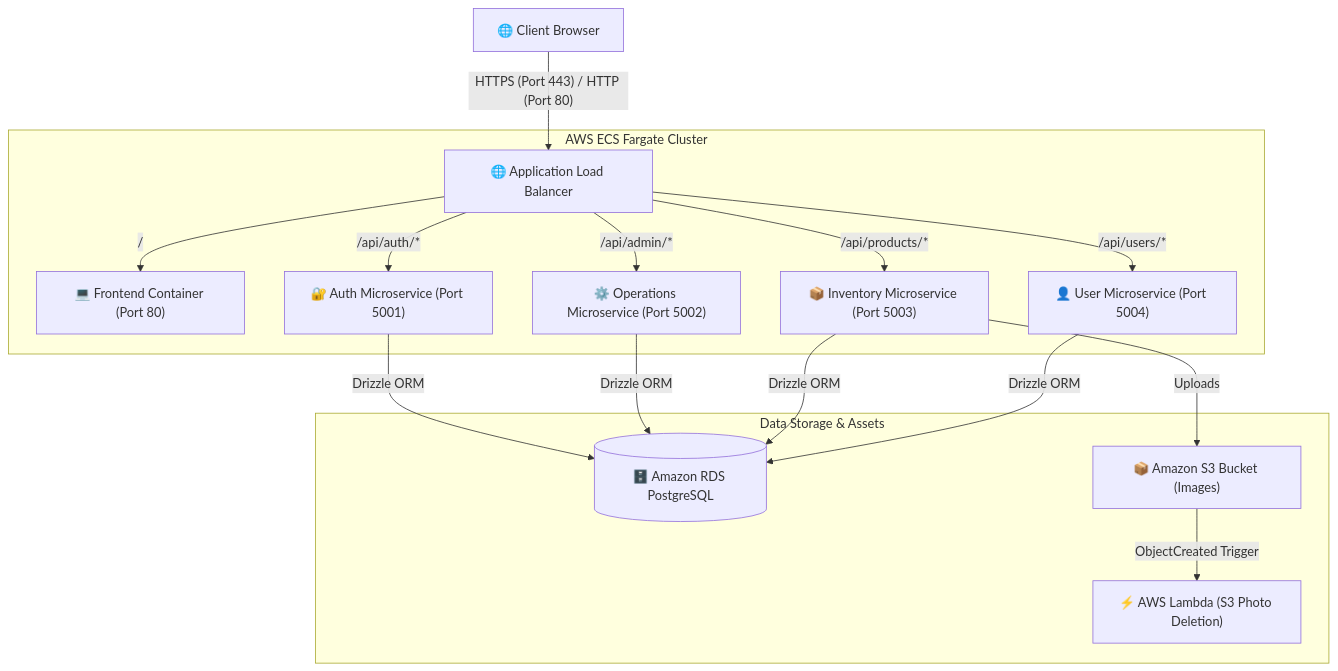
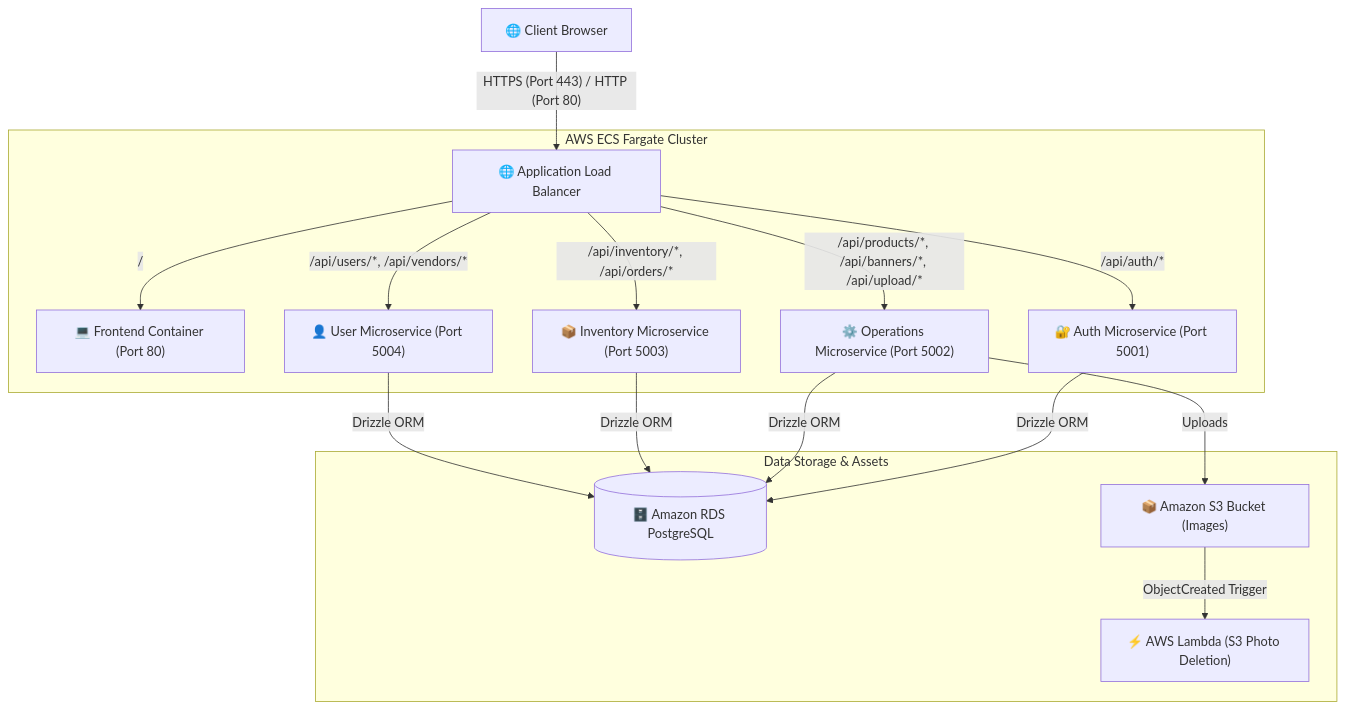
Before and after one commit to valivarthi007/sunotal_fullstk: the diagram in docs/1-microservice-architecture.md, drawn with Mermaid. The commit also changed other lines of this file and 8 other files, not shown here.

````diff
--- a/docs/1-microservice-architecture.md
+++ b/docs/1-microservice-architecture.md
@@ -9,21 +9,21 @@
 ```mermaid
 graph TD
     Client["🌐 Client Browser"] -->|"HTTPS (Port 443) / HTTP (Port 80)"| ALB["🌐 Application Load Balancer"]
     
     subgraph "AWS ECS Fargate Cluster"
         ALB -->|/| FE["💻 Frontend Container (Port 80)"]
         ALB -->|/api/auth/*| AUTH["🔐 Auth Microservice (Port 5001)"]
-        ALB -->|/api/admin/*| OPS["⚙️ Operations Microservice (Port 5002)"]
-        ALB -->|/api/products/*| INV["📦 Inventory Microservice (Port 5003)"]
-        ALB -->|/api/users/*| USR["👤 User Microservice (Port 5004)"]
+        ALB -->|/api/products/*, /api/banners/*, /api/upload/*| OPS["⚙️ Operations Microservice (Port 5002)"]
+        ALB -->|/api/inventory/*, /api/orders/*| INV["📦 Inventory Microservice (Port 5003)"]
+        ALB -->|/api/users/*, /api/vendors/*| USR["👤 User Microservice (Port 5004)"]
     end
 
     subgraph "Data Storage & Assets"
         AUTH -->|Drizzle ORM| DB[("🗄️ Amazon RDS PostgreSQL")]
         OPS -->|Drizzle ORM| DB
         INV -->|Drizzle ORM| DB
         USR -->|Drizzle ORM| DB
-        INV -->|Uploads| S3["📦 Amazon S3 Bucket (Images)"]
+        OPS -->|Uploads| S3["📦 Amazon S3 Bucket (Images)"]
         S3 -->|ObjectCreated Trigger| Lambda["⚡ AWS Lambda (S3 Photo Deletion)"]
     end
 ```
````
